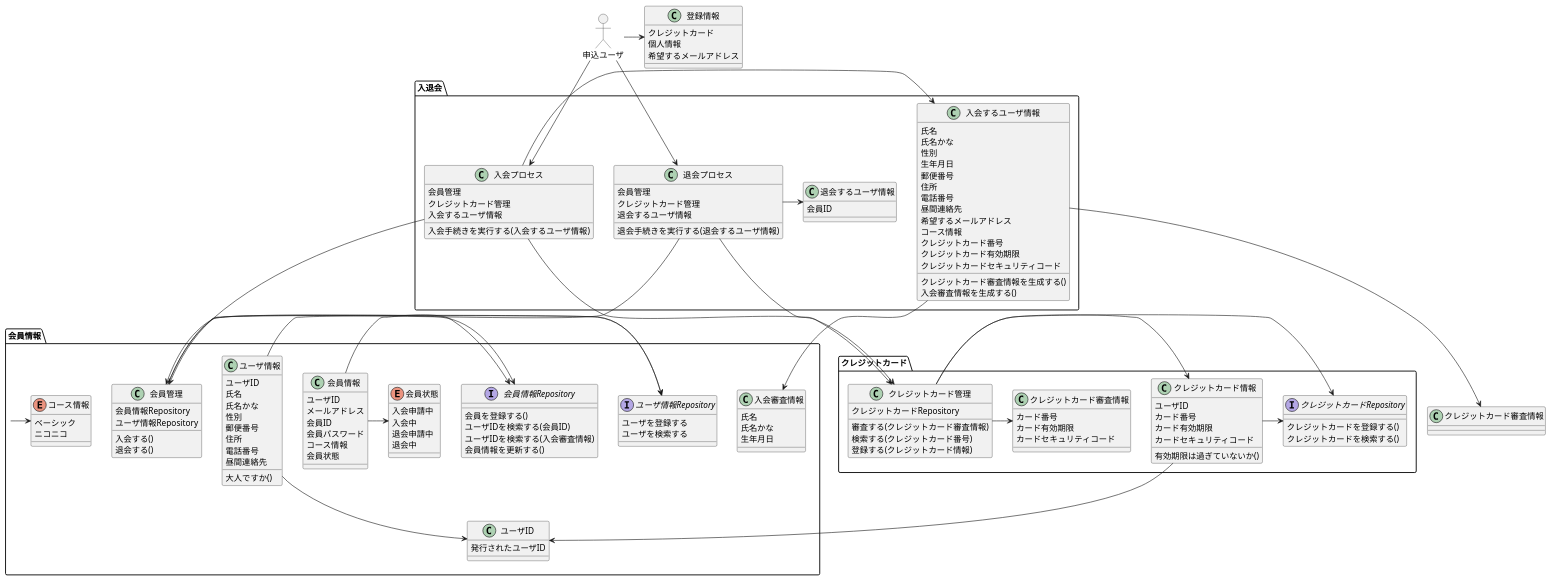
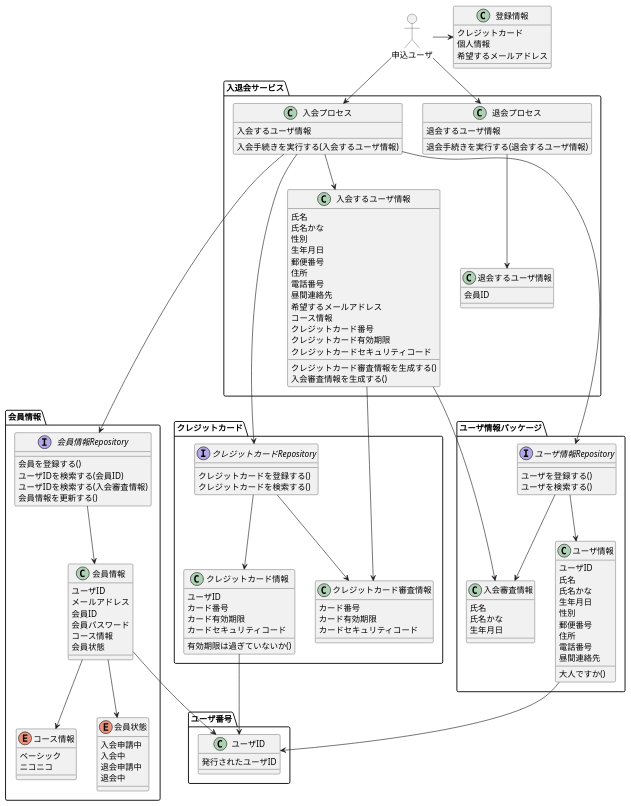
One commit to shigerujinnai/jin-study changed the diagram in etc/document/design/domain設計.puml. Above: the diagram before and after it, drawn with PlantUML. The commit also changed 27 other files, not shown here.

```diff
--- a/etc/document/design/domain設計.puml
+++ b/etc/document/design/domain設計.puml
@@ -8,19 +8,15 @@
 'hide method
 
 
-package 入退会 {
+package 入退会サービス {
 
     class 入会プロセス{
-        会員管理
-        クレジットカード管理
         入会するユーザ情報
 
         入会手続きを実行する(入会するユーザ情報)
     }
 
     class 退会プロセス{
-        会員管理
-        クレジットカード管理
         退会するユーザ情報
 
         退会手続きを実行する(退会するユーザ情報)
@@ -49,35 +45,19 @@
         会員ID
     }
 
-    入会プロセス -> 入会するユーザ情報
-    退会プロセス -> 退会するユーザ情報
+    入会プロセス --> 入会するユーザ情報
+    退会プロセス --> 退会するユーザ情報
 
 }
-package 会員情報{
+package ユーザ番号{
+
     class ユーザID{
         発行されたユーザID
     }
 
-    class 会員管理{
-         会員情報Repository
-         ユーザ情報Repository
+}
 
-        入会する()
-        退会する()
-    }
-
-    class ユーザ情報{
-        ユーザID
-        氏名
-        氏名かな
-        性別
-        郵便番号
-        住所
-        電話番号
-        昼間連絡先
-
-        大人ですか()
-    }
+package 会員情報{
 
     class 会員情報{
         ユーザID
@@ -86,12 +66,6 @@
         会員パスワード
         コース情報
         会員状態
-    }
-
-    class 入会審査情報{
-        氏名
-        氏名かな
-        生年月日
     }
 
     enum コース情報{
@@ -107,11 +81,6 @@
         会員情報を更新する()
     }
 
-    interface ユーザ情報Repository{
-        ユーザを登録する
-        ユーザを検索する
-    }
-
     enum 会員状態{
         入会申請中
         入会中
@@ -119,47 +88,52 @@
         退会中
     }
 
-    会員管理 -> 会員情報Repository
-    会員管理 -> ユーザ情報Repository
-    ユーザ情報 --> ユーザID
+    会員情報Repository --> 会員情報
+    会員情報 --> 会員状態
+    会員情報 --> コース情報
+    会員情報 --> ユーザID
 
-    会員情報 -> 会員情報Repository
-    会員情報 -> 会員状態
-    ユーザ情報 -> ユーザ情報Repository
 
 }
+入会プロセス ---> 会員情報Repository
+'入会プロセス -> ユーザID発番Repository
 
-'    package 会員ID発番システム{
-'        class ユーザID発番管理{
-'            ユーザID発番Repository
-'
-'            ユーザIDを発行する()
-'        }
-'
-'        class ユーザID{
-'            発行されたユーザID
-'        }
-'
-'        interface ユーザID発番Repository{
-'        }
-'        ユーザID発番管理 -> ユーザID発番Repository
-' 入会プロセス --> ユーザID発番管理
-'    }
+package ユーザ情報パッケージ {
 
-入会するユーザ情報 -> 入会審査情報
+    class ユーザ情報{
+        ユーザID
+        氏名
+        氏名かな
+        生年月日
+        性別
+        郵便番号
+        住所
+        電話番号
+        昼間連絡先
 
-入会するユーザ情報 --> クレジットカード審査情報
+        大人ですか()
+    }
+
+
+    interface ユーザ情報Repository{
+        ユーザを登録する()
+        ユーザを検索する()
+    }
+
+    class 入会審査情報{
+        氏名
+        氏名かな
+        生年月日
+    }
+
+    ユーザ情報Repository --> 入会審査情報
+    ユーザ情報Repository --> ユーザ情報
+    ユーザ情報 --> ユーザID
+    入会プロセス ---> ユーザ情報Repository
+}
 
 
 package クレジットカード {
-
-    class クレジットカード管理{
-        クレジットカードRepository
-
-        審査する(クレジットカード審査情報)
-        検索する(クレジットカード番号)
-        登録する(クレジットカード情報)
-    }
 
 
     class クレジットカード情報{
@@ -183,12 +157,10 @@
         カードセキュリティコード
     }
 
-    クレジットカード情報 -> クレジットカードRepository
-    クレジットカード管理 -> クレジットカードRepository
-    クレジットカード管理 -> クレジットカード情報
-    クレジットカード管理 -> クレジットカード審査情報
+    クレジットカードRepository --> クレジットカード情報
+    クレジットカードRepository --> クレジットカード審査情報
     クレジットカード情報 --> ユーザID
-
+    入会プロセス ---> クレジットカードRepository
 }
 
 class 登録情報{
@@ -199,20 +171,16 @@
 
 
 
+入会するユーザ情報 -> 入会審査情報
+入会するユーザ情報 -> クレジットカード審査情報
  申込ユーザ -r-> 登録情報
  申込ユーザ --> 入会プロセス
  申込ユーザ --> 退会プロセス
 
- 入会プロセス --> クレジットカード管理
- 入会プロセス --> 会員管理
-
-
- 退会プロセス -> 会員管理
- 退会プロセス -> クレジットカード管理
 
 
 
- 会員情報 -> コース情報
+
 ' クレジットカード -> クレジットカード審査情報
 
 @enduml
```
